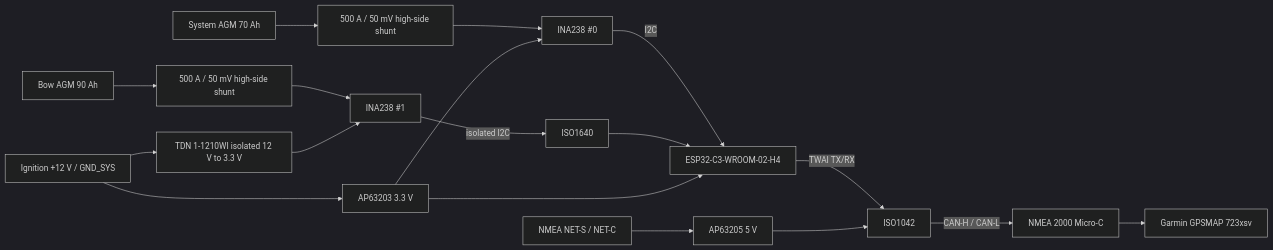
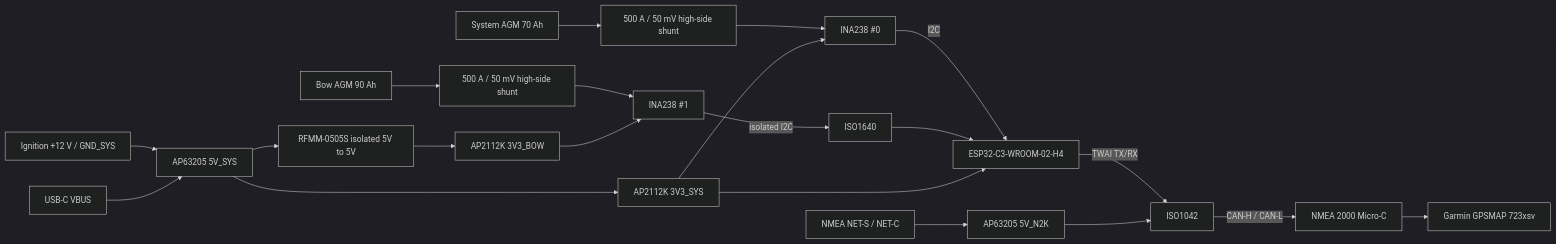
The first of 2 diagrams in docs/architecture.md (Weisni/BatterySentinel-N2K), drawn with Mermaid (dark theme) before and after one commit. The commit also changed other lines of this file, not shown here.

Commit message:
Update architecture for cost-optimized isolated power tree

````diff
--- a/docs/architecture.md
+++ b/docs/architecture.md
@@ -7,24 +7,28 @@
 ```mermaid
 flowchart LR
     SA[System AGM 70 Ah] --> SSA[500 A / 50 mV high-side shunt]
     SSA --> IA[INA238 #0]
 
     BB[Bow AGM 90 Ah] --> SSB[500 A / 50 mV high-side shunt]
     SSB --> IB[INA238 #1]
 
     IA -->|I2C| ESP[ESP32-C3-WROOM-02-H4]
     IB -->|isolated I2C| ISOI2C[ISO1640]
     ISOI2C --> ESP
 
-    IGN[Ignition +12 V / GND_SYS] --> BUCK3[AP63203 3.3 V]
-    BUCK3 --> ESP
-    BUCK3 --> IA
-    IGN --> IDCDC[TDN 1-1210WI isolated 12 V to 3.3 V]
-    IDCDC --> IB
+    IGN[Ignition +12 V / GND_SYS] --> BUCK5SYS[AP63205 5V_SYS]
+    USB[USB-C VBUS] --> BUCK5SYS
+    BUCK5SYS --> LDO3[AP2112K 3V3_SYS]
+    LDO3 --> ESP
+    LDO3 --> IA
+
+    BUCK5SYS --> IDCDC[RFMM-0505S isolated 5V to 5V]
+    IDCDC --> LDOB[AP2112K 3V3_BOW]
+    LDOB --> IB
 
     ESP -->|TWAI TX/RX| ISOCAN[ISO1042]
-    N2KPOWER[NMEA NET-S / NET-C] --> BUCK5[AP63205 5 V]
-    BUCK5 --> ISOCAN
+    N2KPOWER[NMEA NET-S / NET-C] --> BUCK5N2K[AP63205 5V_N2K]
+    BUCK5N2K --> ISOCAN
     ISOCAN -->|CAN-H / CAN-L| N2K[NMEA 2000 Micro-C]
     N2K --> GARMIN[Garmin GPSMAP 723xsv]
 ```
````
